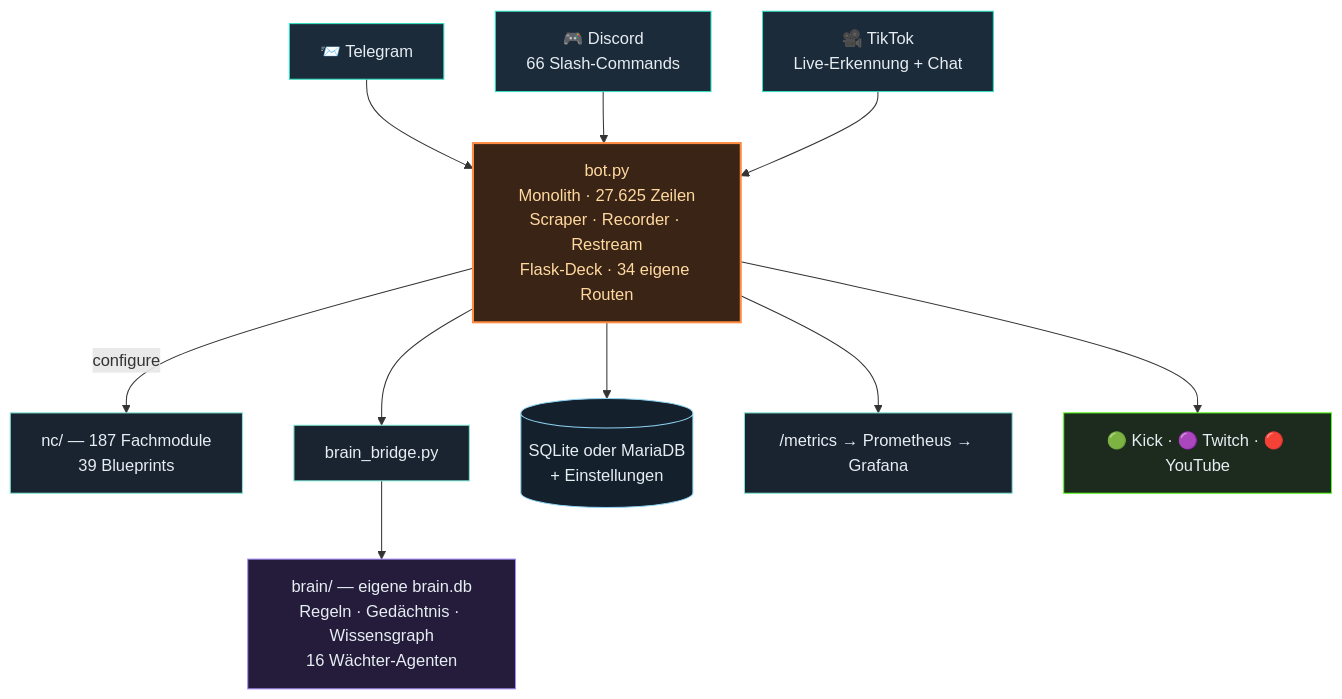
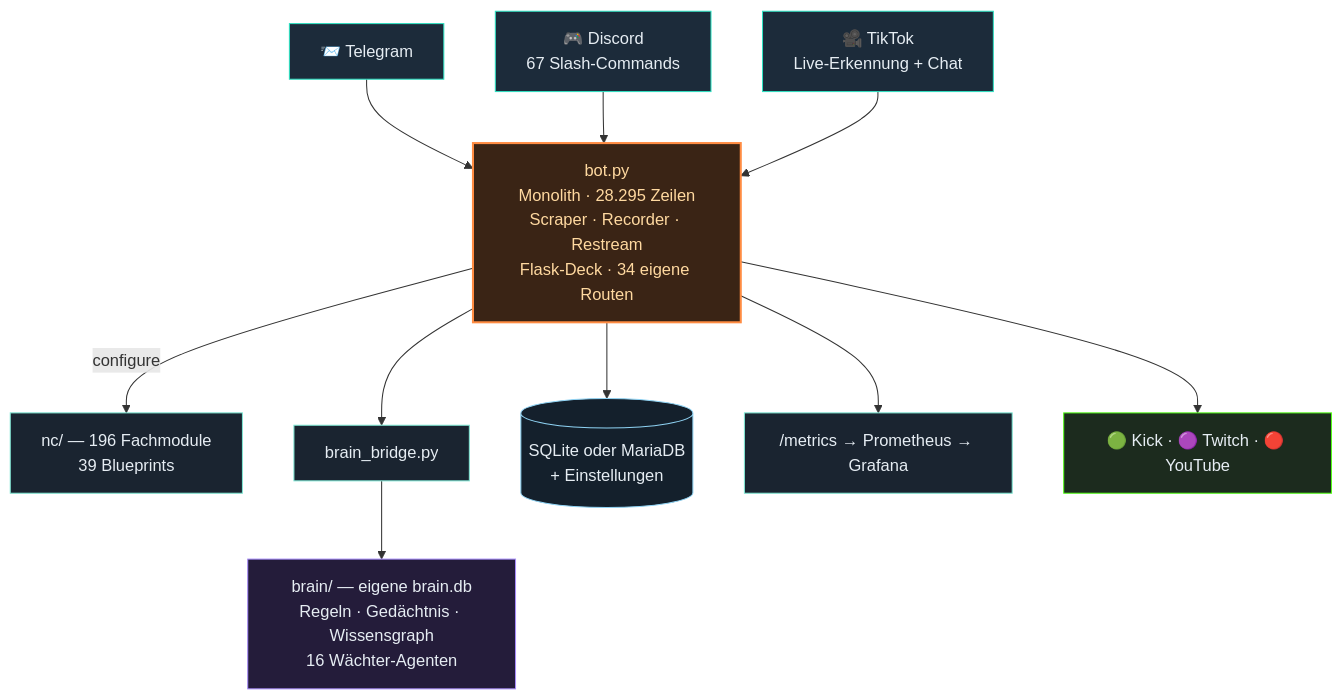
Before and after one commit to itsamemedev/Telegram-Stream-Info-Bot: the second of 3 diagrams in README.md, drawn with Mermaid. The commit also changed other lines of this file and 64 other files, not shown here.

````diff
--- a/README.md
+++ b/README.md
@@ -118,19 +118,19 @@
 ```mermaid
 flowchart TB
     TG["📨 Telegram"]:::ein --> BOT
-    DC["🎮 Discord<br/>66 Slash-Commands"]:::ein --> BOT
+    DC["🎮 Discord<br/>67 Slash-Commands"]:::ein --> BOT
     TT["🎥 TikTok<br/>Live-Erkennung + Chat"]:::ein --> BOT
-    BOT["bot.py<br/>Monolith · 27.625 Zeilen<br/>Scraper · Recorder · Restream<br/>Flask-Deck · 34 eigene Routen"]:::core
-    BOT -->|configure| NC["nc/ — 187 Fachmodule<br/>39 Blueprints"]:::lib
+    BOT["bot.py<br/>Monolith · 28.295 Zeilen<br/>Scraper · Recorder · Restream<br/>Flask-Deck · 34 eigene Routen"]:::core
+    BOT -->|configure| NC["nc/ — 196 Fachmodule<br/>39 Blueprints"]:::lib
     BOT --> BR["brain_bridge.py"]:::lib
     BR --> BRAIN["brain/ — eigene brain.db<br/>Regeln · Gedächtnis · Wissensgraph<br/>16 Wächter-Agenten"]:::brain
     BOT --> DB[("SQLite oder MariaDB<br/>+ Einstellungen")]:::db
     BOT --> PROM["/metrics → Prometheus → Grafana"]:::lib
     BOT --> OUT["🟢 Kick · 🟣 Twitch · 🔴 YouTube"]:::out
     classDef ein fill:#1c2b3a,stroke:#2de1c2,color:#e6edf3
     classDef core fill:#3a2415,stroke:#ff8c42,stroke-width:2px,color:#ffd9a0
     classDef lib fill:#1a2430,stroke:#7fe7d4,color:#e6edf3
     classDef brain fill:#241c3a,stroke:#a78bfa,color:#e6edf3
     classDef db fill:#14202c,stroke:#8fd3f4,color:#e6edf3
     classDef out fill:#1c2b1e,stroke:#53fc18,color:#e6edf3
 ```
````
